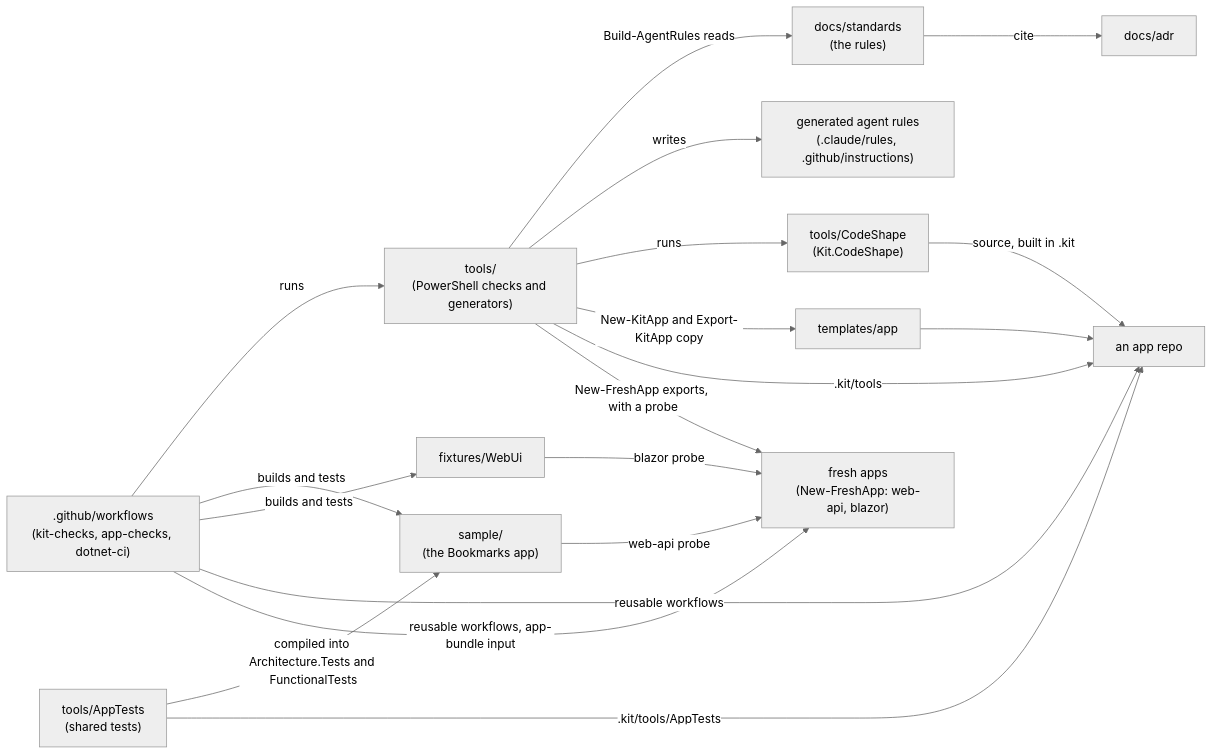
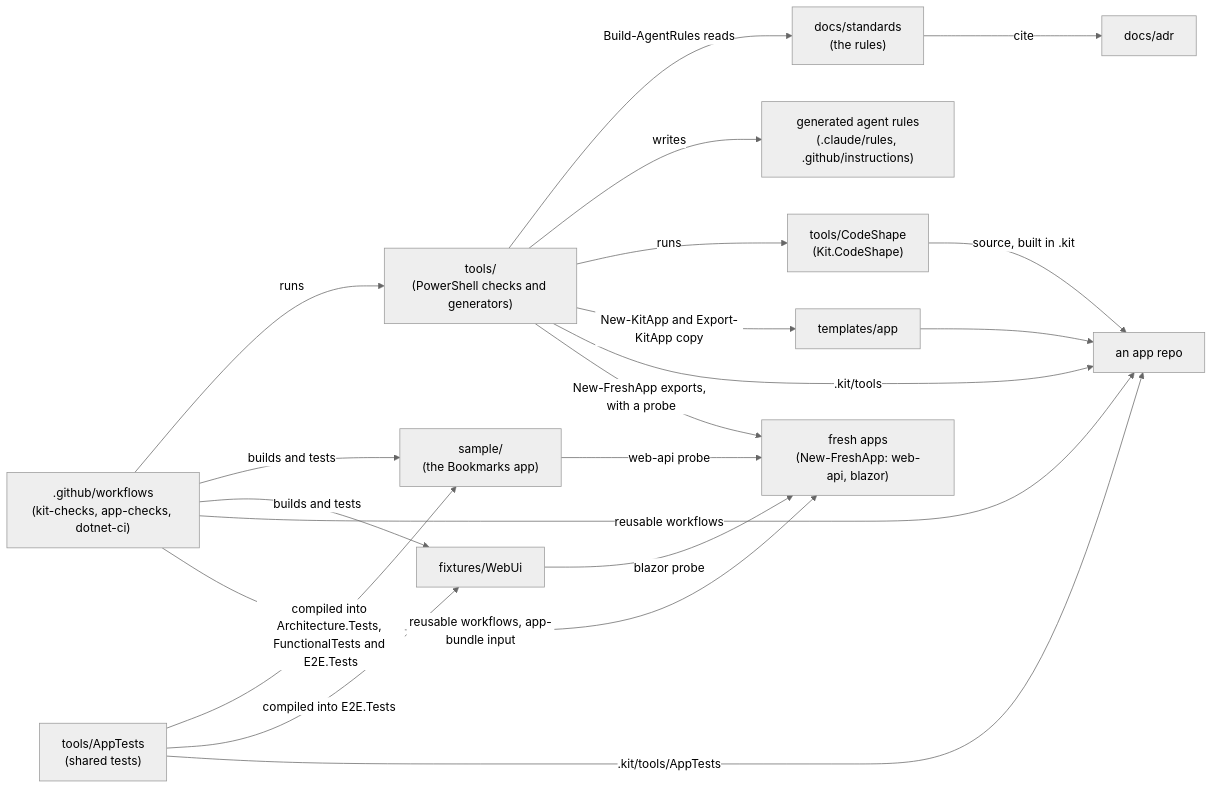
One commit to DerekFoulk/dotnet-agent-kit changed the first of 2 diagrams in docs/architecture/modules.md. Above: the diagram before and after it, drawn with Mermaid (neutral theme). The commit also changed 2 other files, not shown here.

Commit message:
docs: ADR-0081 and ADR-0095 record the shared hosting part; the diagram shows it

````diff
--- a/docs/architecture/modules.md
+++ b/docs/architecture/modules.md
@@ -7,33 +7,34 @@
 ```mermaid
 flowchart LR
     standards["docs/standards<br/>(the rules)"]
     adr["docs/adr"]
     rules["generated agent rules<br/>(.claude/rules, .github/instructions)"]
     tools["tools/<br/>(PowerShell checks and generators)"]
     codeshape["tools/CodeShape<br/>(Kit.CodeShape)"]
     ci[".github/workflows<br/>(kit-checks, app-checks, dotnet-ci)"]
     templates["templates/app"]
     sample["sample/<br/>(the Bookmarks app)"]
     webui["fixtures/WebUi"]
     apps["an app repo"]
 
     standards -->|cite| adr
     tools -->|Build-AgentRules reads| standards
     tools -->|writes| rules
     tools -->|runs| codeshape
     ci -->|runs| tools
     ci -->|builds and tests| sample
     ci -->|builds and tests| webui
     tools -->|New-KitApp and Export-KitApp copy| templates
     templates --> apps
     tools -->|.kit/tools| apps
     codeshape -->|source, built in .kit| apps
-    apptests["tools/AppTests<br/>(shared tests)"] -->|compiled into Architecture.Tests and FunctionalTests| sample
+    apptests["tools/AppTests<br/>(shared tests)"] -->|compiled into Architecture.Tests, FunctionalTests and E2E.Tests| sample
+    apptests -->|compiled into E2E.Tests| webui
     apptests -->|.kit/tools/AppTests| apps
     ci -->|reusable workflows| apps
     fresh["fresh apps<br/>(New-FreshApp: web-api, blazor)"]
     tools -->|New-FreshApp exports, with a probe| fresh
     sample -->|web-api probe| fresh
     webui -->|blazor probe| fresh
     ci -->|reusable workflows, app-bundle input| fresh
 ```
````
